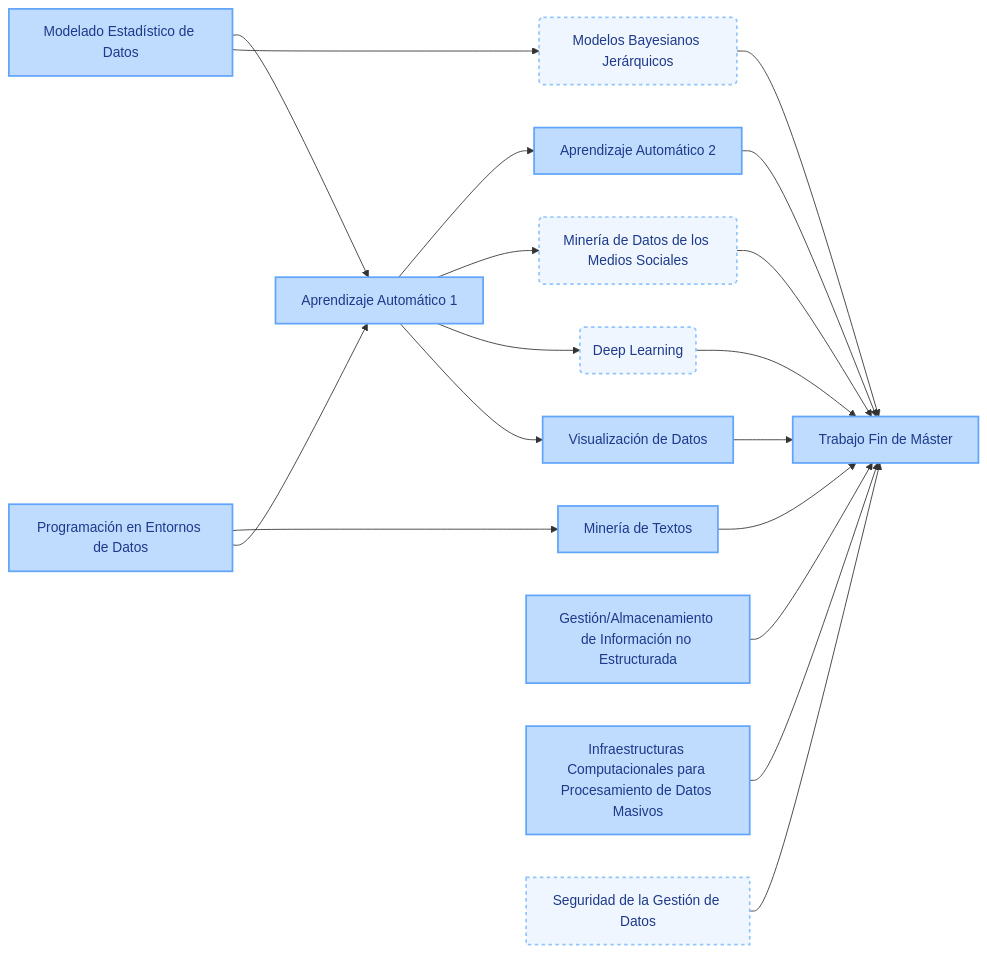
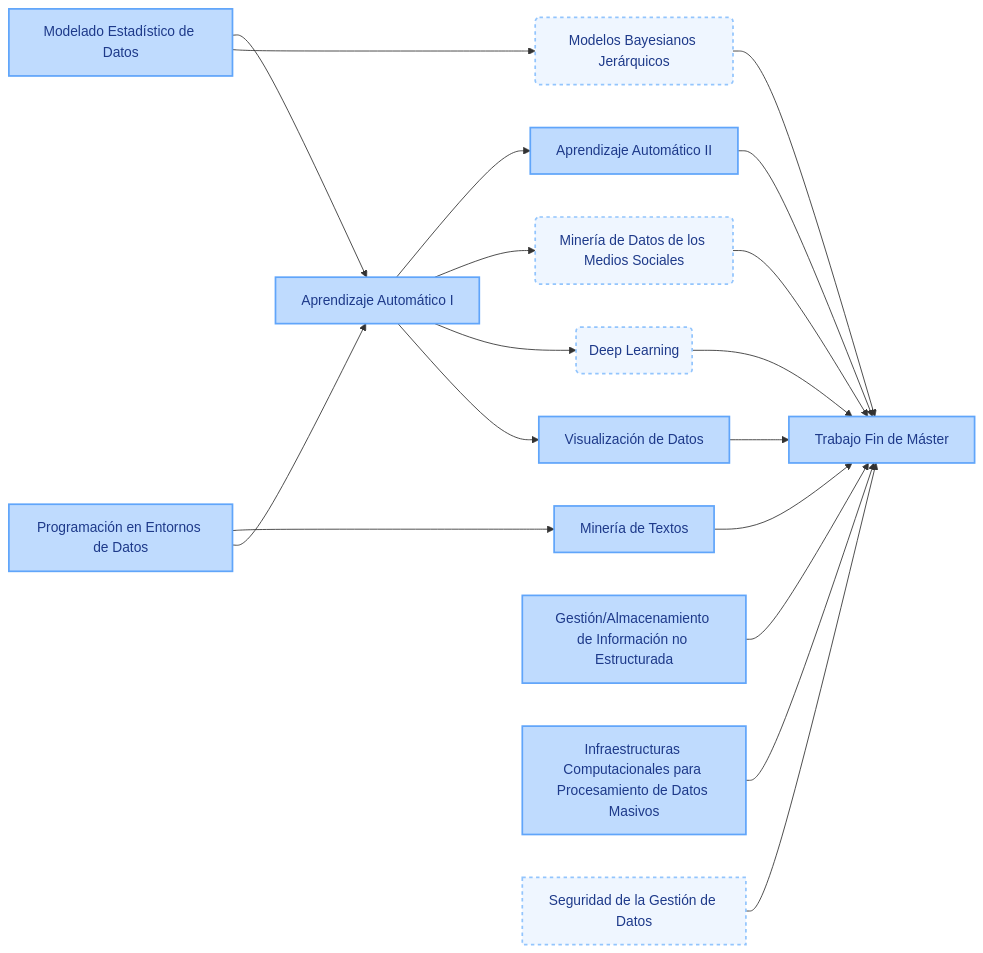
Before and after one commit to pmgallardo/apuntes-muicd-uned: the diagram in master/README.md, drawn with Mermaid. The commit also changed other lines of this file, not shown here.

````diff
--- a/master/README.md
+++ b/master/README.md
@@ -47,26 +53,26 @@
 ```mermaid
 graph LR
-   MED[Modelado Estadístico de Datos] --> AAI[Aprendizaje Automático 1]
+   MED[Modelado Estadístico de Datos] --> AAI[Aprendizaje Automático I]
    MED --> MBJ(Modelos Bayesianos Jerárquicos)
    PED[Programación en Entornos de Datos] --> MT[Minería de Textos]
    PED --> AAI
-   AAI --> AAII[Aprendizaje Automático 2]
+   AAI --> AAII[Aprendizaje Automático II]
    AAI --> MDMS(Minería de Datos de los Medios Sociales)
    AAI --> DL(Deep Learning)
    AAI --> VD[Visualización de Datos]
    AAII --> TFM[Trabajo Fin de Máster]
    GAINE[Gestión/Almacenamiento de Información no Estructurada] --> TFM
    DL --> TFM
    ICPDM[Infraestructuras Computacionales para Procesamiento de Datos Masivos] --> TFM
    MBJ --> TFM
    MDMS --> TFM
    MT --> TFM
    SGD[Seguridad de la Gestión de Datos] --> TFM
    VD --> TFM
 
   classDef obligatoria fill:#bfdbfe,color:#1e3a8a,stroke:#60a5fa,stroke-width:2px;
   classDef optativa fill:#eff6ff,color:#1e3a8a,stroke:#93c5fd,stroke-width:2px,stroke-dasharray: 4 4;
     
   class DL,MBJ,MDMS,SGD optativa;
   class AAI,AAII,GAINE,ICPDM,MED,MT,PED,TFM,VD obligatoria;
 ```
````
